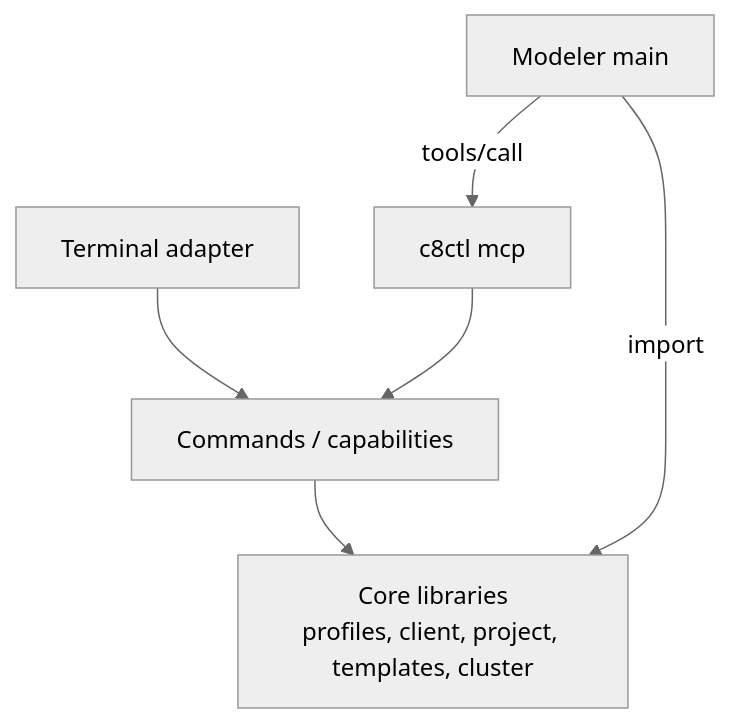
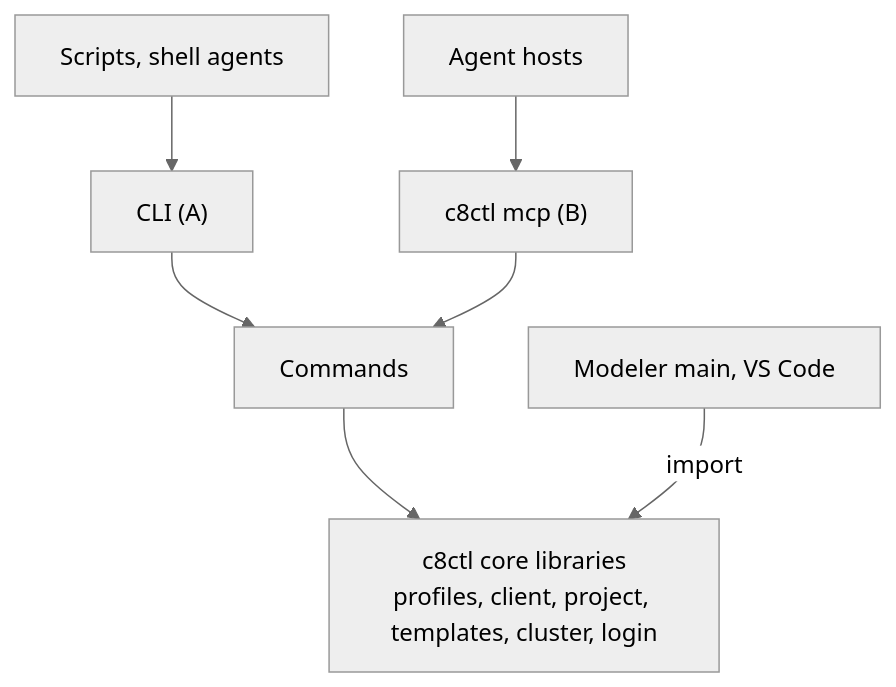
One commit to camunda/c8ctl changed the diagram in design/sketches/C8CTL_EMBEDDING.md. Above: the diagram before and after it, drawn with Mermaid (neutral theme). The commit also changed other lines of this file, not shown here.

````diff
--- a/design/sketches/C8CTL_EMBEDDING.md
+++ b/design/sketches/C8CTL_EMBEDDING.md
@@ -118,9 +157,10 @@
 ```mermaid
 flowchart TB
-  LIB["Core libraries<br/>profiles, client, project, templates, cluster"]
-  CMD[Commands / capabilities] --> LIB
-  CLI[Terminal adapter] --> CMD
-  SRV[c8ctl mcp] --> CMD
-  MM[Modeler main] -->|import| LIB
-  MM -->|tools/call| SRV
+  CORE["c8ctl core libraries<br/>profiles, client, project, templates, cluster, login"]
+  CMD[Commands] --> CORE
+  CLI["CLI (A)"] --> CMD
+  MCP["c8ctl mcp (B)"] --> CMD
+  Scripts[Scripts, shell agents] --> CLI
+  Agents[Agent hosts] --> MCP
+  Modeler[Modeler main, VS Code] -->|import| CORE
 ```
````
